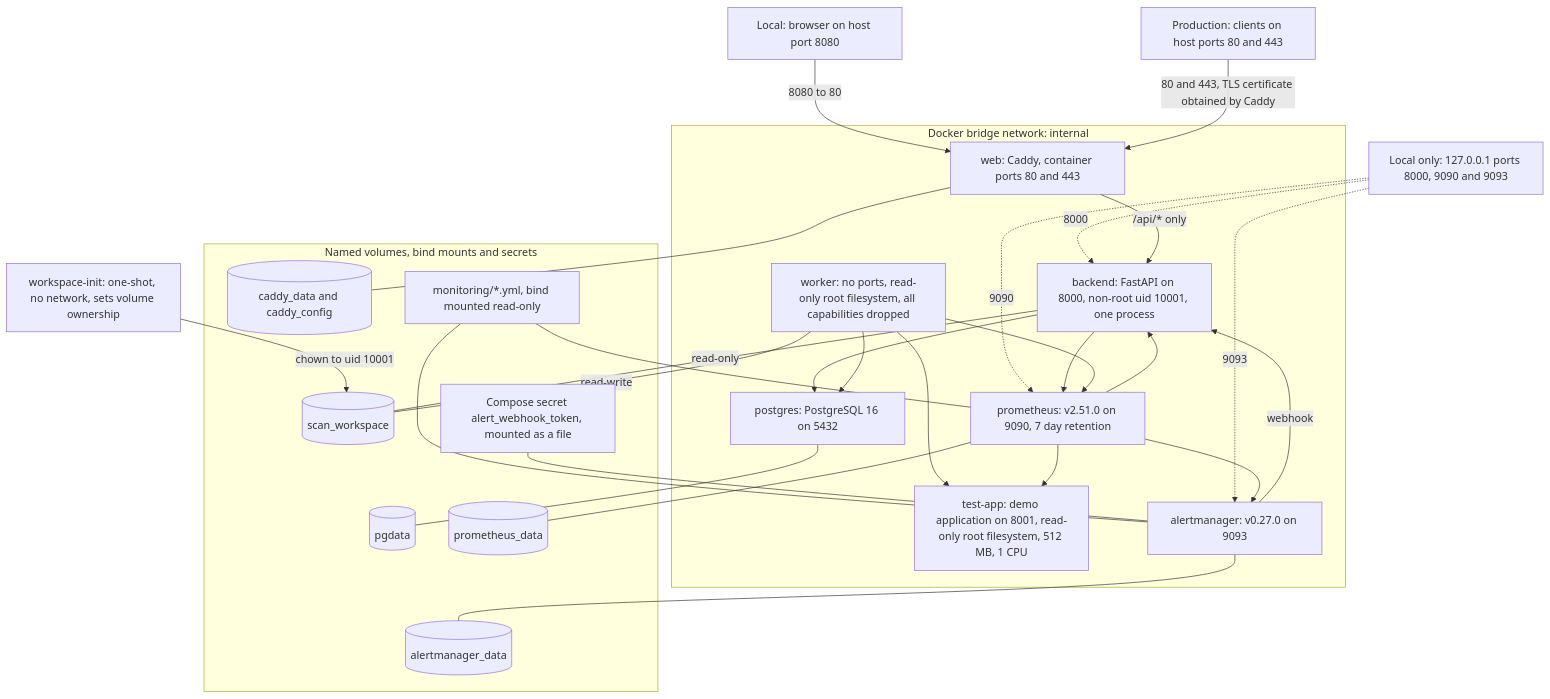
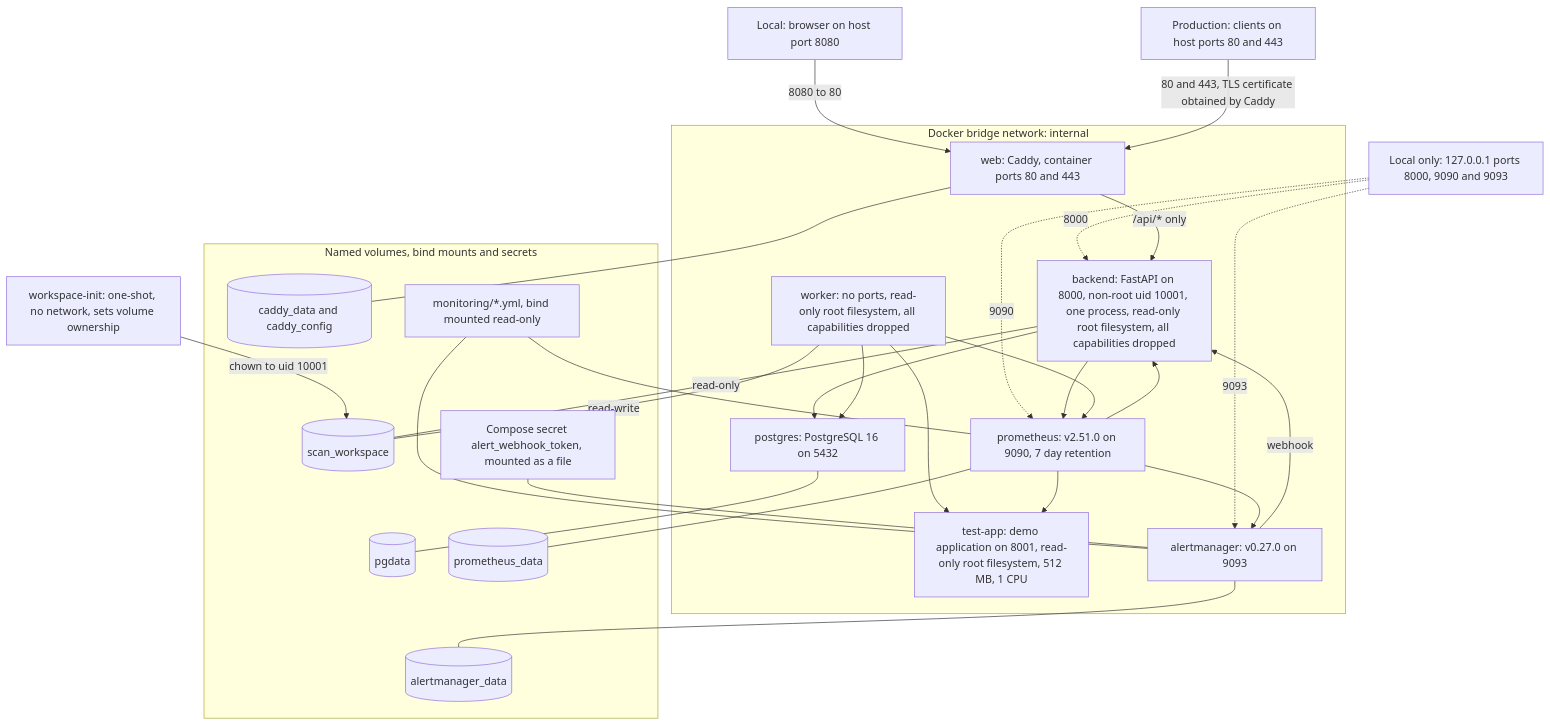
One commit to Gangadhar017/VigilOps changed the diagram in docs/diagrams/deployment.md. Above: the diagram before and after it, drawn with Mermaid. The commit also changed other lines of this file and 7 other files, not shown here.

Commit message:
docs: guides, architecture and diagrams for the second deployment

````diff
--- a/docs/diagrams/deployment.md
+++ b/docs/diagrams/deployment.md
@@ -5,56 +5,56 @@
 ```mermaid
 flowchart TB
     localUser["Local: browser on host port 8080"]
     localTools["Local only: 127.0.0.1 ports 8000, 9090 and 9093"]
     prodUser["Production: clients on host ports 80 and 443"]
 
     subgraph net["Docker bridge network: internal"]
         web["web: Caddy, container ports 80 and 443"]
-        backend["backend: FastAPI on 8000, non-root uid 10001, one process"]
+        backend["backend: FastAPI on 8000, non-root uid 10001, one process, read-only root filesystem, all capabilities dropped"]
         worker["worker: no ports, read-only root filesystem, all capabilities dropped"]
         testapp["test-app: demo application on 8001, read-only root filesystem, 512 MB, 1 CPU"]
         postgres["postgres: PostgreSQL 16 on 5432"]
         prometheus["prometheus: v2.51.0 on 9090, 7 day retention"]
         alertmanager["alertmanager: v0.27.0 on 9093"]
     end
 
     init["workspace-init: one-shot, no network, sets volume ownership"]
 
     subgraph vols["Named volumes, bind mounts and secrets"]
         pgdata[("pgdata")]
         promdata[("prometheus_data")]
         amdata[("alertmanager_data")]
         workspace[("scan_workspace")]
         caddydata[("caddy_data and caddy_config")]
         monconf["monitoring/*.yml, bind mounted read-only"]
         secret["Compose secret alert_webhook_token, mounted as a file"]
     end
 
     localUser -->|"8080 to 80"| web
     prodUser -->|"80 and 443, TLS certificate obtained by Caddy"| web
     localTools -.->|"8000"| backend
     localTools -.->|"9090"| prometheus
     localTools -.->|"9093"| alertmanager
 
     web -->|"/api/* only"| backend
     backend --> postgres
     worker --> postgres
     backend --> prometheus
     worker --> prometheus
     worker --> testapp
     prometheus --> testapp
     prometheus --> backend
     prometheus --> alertmanager
     alertmanager -->|"webhook"| backend
 
     postgres --- pgdata
     prometheus --- promdata
     alertmanager --- amdata
     web --- caddydata
     backend ---|"read-only"| workspace
     worker ---|"read-write"| workspace
     init -->|"chown to uid 10001"| workspace
     monconf --- prometheus
     monconf --- alertmanager
     secret --- alertmanager
 ```
````
